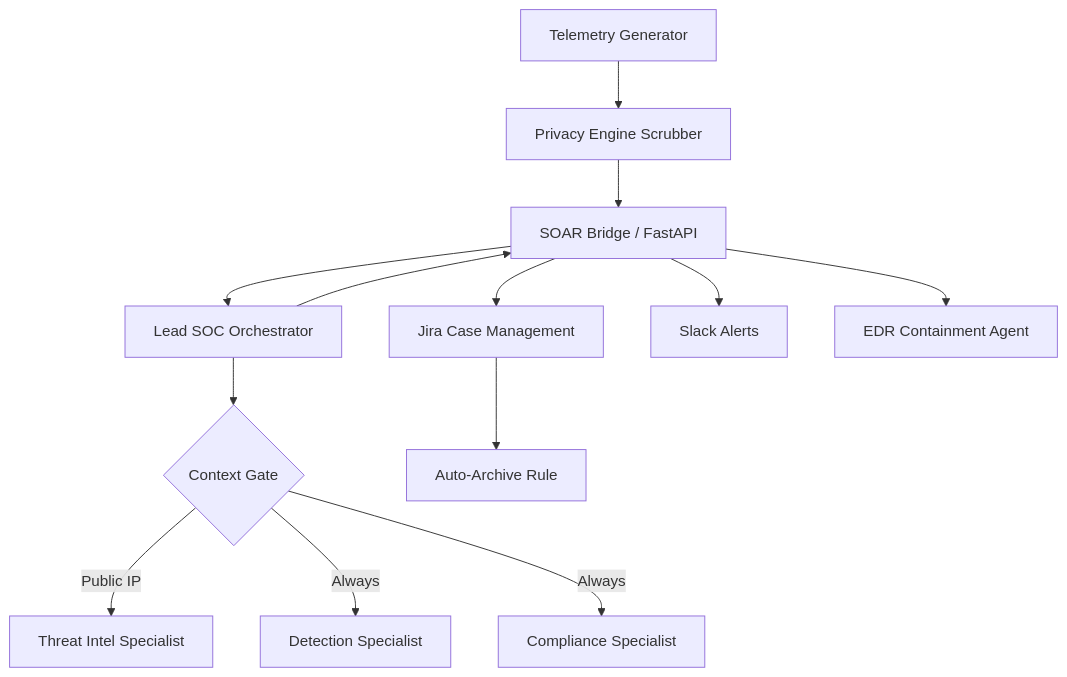
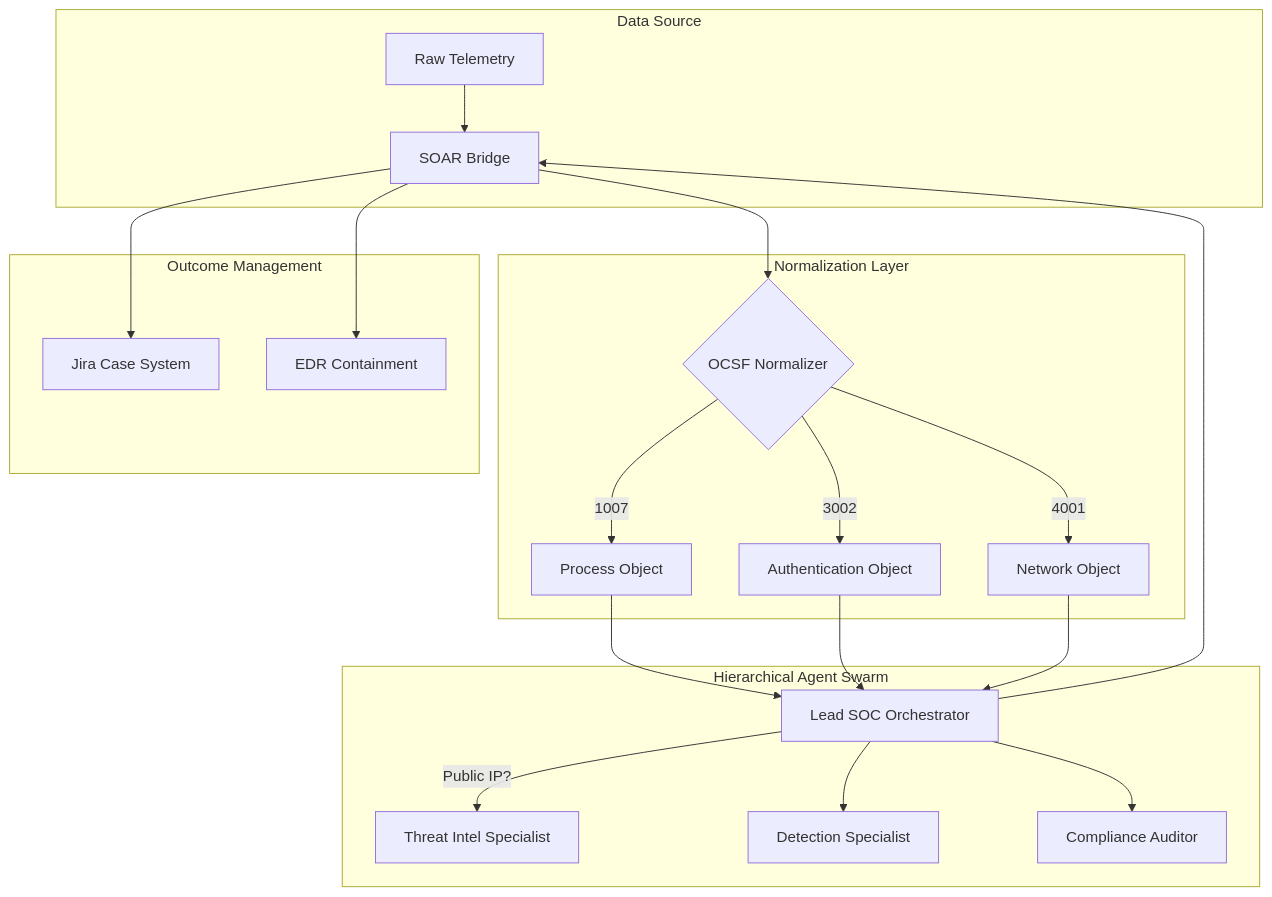
One commit to Naifnizami/NeoGrid-SOAR-Hub changed the diagram in README.md. Above: the diagram before and after it, drawn with Mermaid. The commit also changed other lines of this file and 5 other files, not shown here.

Commit message:
🚀 PRODUCTION MASTER RELEASE: Fulfilled OCSF 1.7.0 compliance and Main-Agent Hierarchical Team architecture. Standardized Process/Auth/Network context paths and updated README with Mermaid documentation.

````diff
--- a/README.md
+++ b/README.md
@@ -83,15 +175,26 @@
 ```mermaid
 graph TD
-    A[Telemetry Generator] --> H[Privacy Engine Scrubber]
-    H --> B[SOAR Bridge / FastAPI]
-    B --> C[Lead SOC Orchestrator]
-    C --> Decision{Context Gate}
-    Decision -->|Public IP| C1[Threat Intel Specialist]
-    Decision -->|Always| C2[Detection Specialist]
-    Decision -->|Always| C3[Compliance Specialist]
-    C --> B
-    B --> D[Jira Case Management]
-    B --> E[Slack Alerts]
-    B --> F[EDR Containment Agent]
-    D --> G[Auto-Archive Rule]
+    subgraph Data Source
+        A[Raw Telemetry] --> B[SOAR Bridge]
+    end
+
+    subgraph Normalization Layer
+        B --> C{OCSF Normalizer}
+        C -->|1007| P[Process Object]
+        C -->|3002| AU[Authentication Object]
+        C -->|4001| N[Network Object]
+    end
+
+    subgraph Hierarchical Agent Swarm
+        P & AU & N --> L[Lead SOC Orchestrator]
+        L -->|Public IP?| T[Threat Intel Specialist]
+        L --> D[Detection Specialist]
+        L --> C2[Compliance Auditor]
+    end
+
+    subgraph Outcome Management
+        L --> B
+        B --> J[Jira Case System]
+        B --> E[EDR Containment]
+    end
 ```
````
